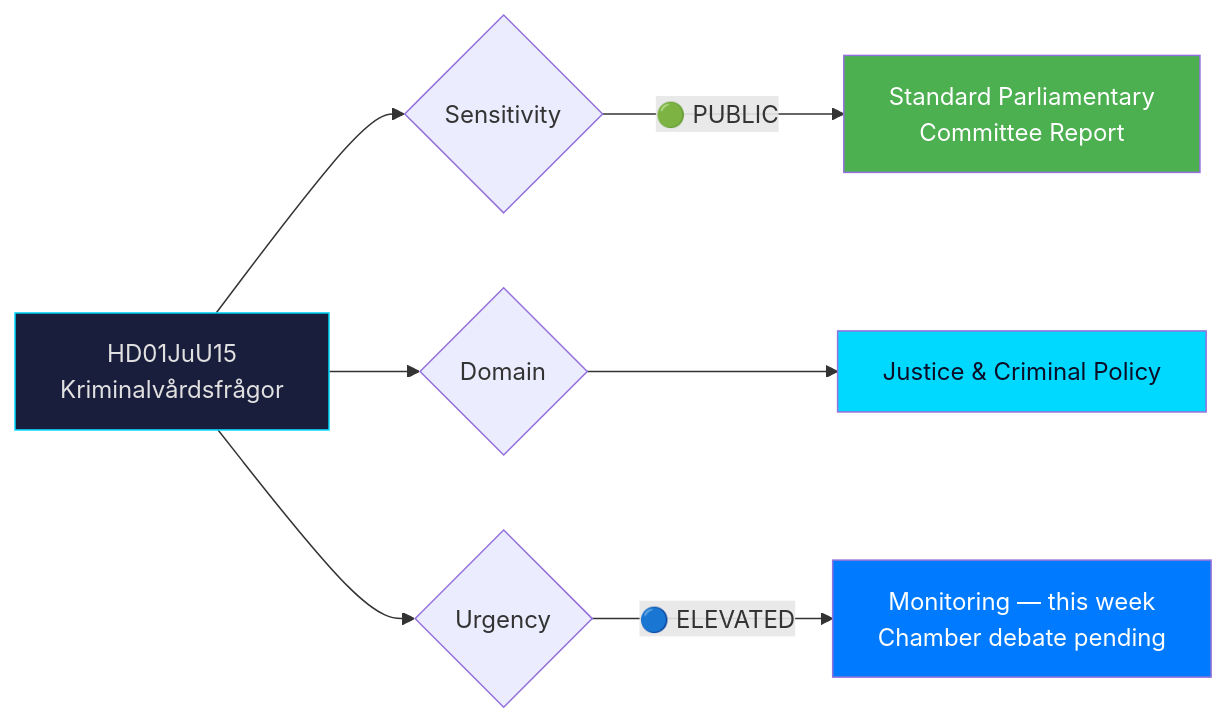
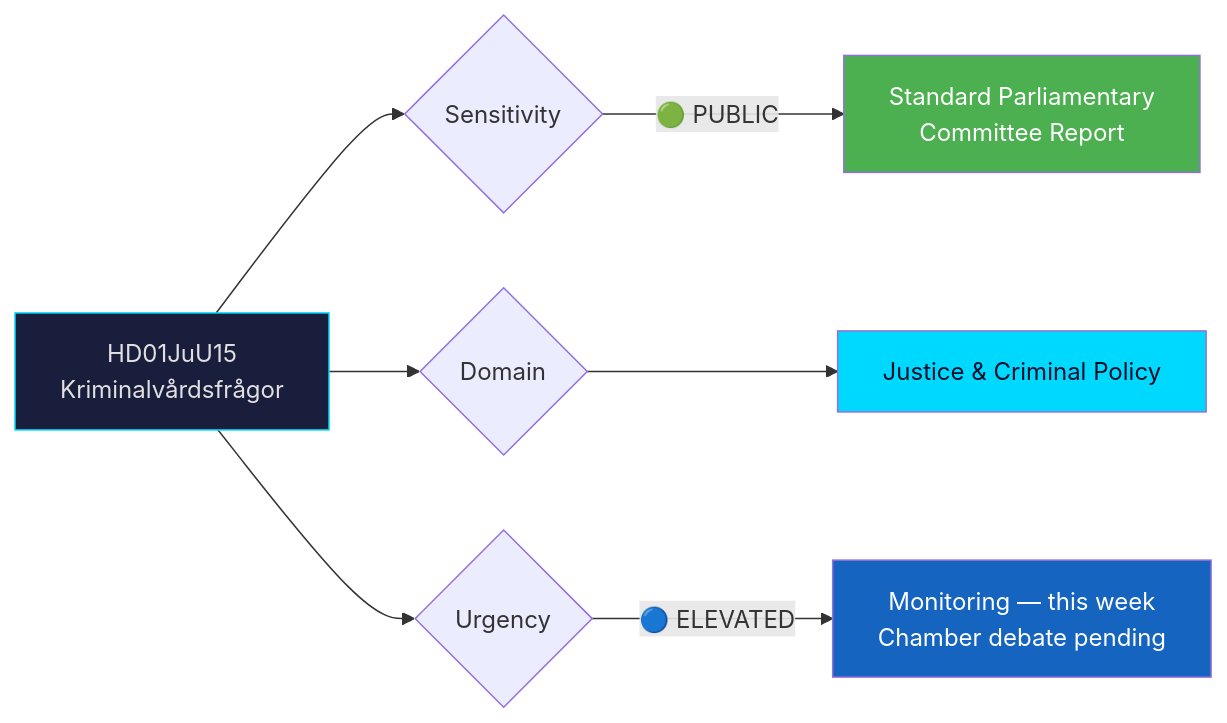
Before and after one commit to Hack23/riksdagsmonitor: the first of 2 diagrams in analysis/daily/2026-04-03/committeeReports/documents/hd01juu15-analysis.md, drawn with Mermaid. The commit also changed 121 other files, not shown here.

````diff
--- a/analysis/daily/2026-04-03/committeeReports/documents/hd01juu15-analysis.md
+++ b/analysis/daily/2026-04-03/committeeReports/documents/hd01juu15-analysis.md
@@ -27,16 +27,16 @@
 ```mermaid
 graph LR
     A["HD01JuU15<br/>Kriminalvårdsfrågor"] --> B{Sensitivity}
     B -->|"🟢 PUBLIC"| E["Standard Parliamentary<br/>Committee Report"]
 
     A --> G{Domain}
     G --> H["Justice & Criminal Policy"]
 
     A --> I{Urgency}
     I -->|"🔵 ELEVATED"| L["Monitoring — this week<br/>Chamber debate pending"]
 
     style A fill:#1a1e3d,color:#e0e0e0,stroke:#00d9ff
     style E fill:#4CAF50,color:#FFFFFF
     style H fill:#00d9ff,color:#0a0e27
-    style L fill:#007bff,color:#FFFFFF
+    style L fill:#1565C0,color:#FFFFFF
 ```
````
